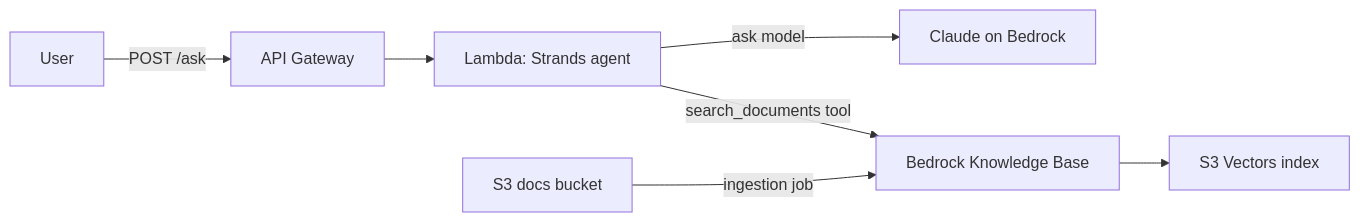
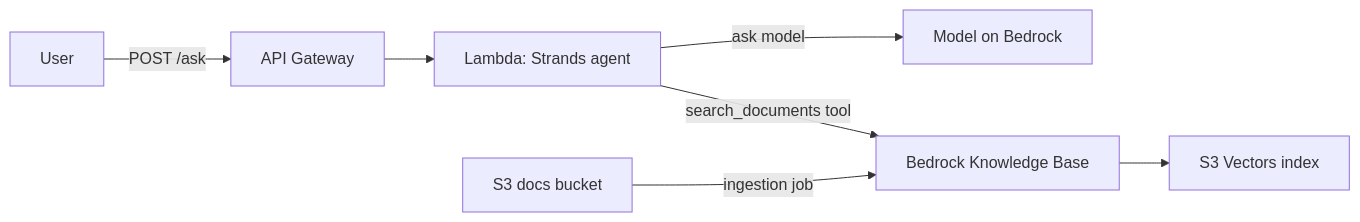
The diagram in README.md (merge4victor/aws-knowledge-base-agent), drawn with Mermaid before and after one commit. The commit also changed other lines of this file and 2 other files, not shown here.

Commit message:
Allow any Bedrock model and update CI action versions

````diff
--- a/README.md
+++ b/README.md
@@ -26,9 +26,9 @@
 ```mermaid
 flowchart LR
     User -->|POST /ask| Api[API Gateway]
     Api --> Fn[Lambda: Strands agent]
-    Fn -->|ask model| Model[Claude on Bedrock]
+    Fn -->|ask model| Model[Model on Bedrock]
     Fn -->|search_documents tool| Kb[Bedrock Knowledge Base]
     Kb --> Vectors[S3 Vectors index]
     Docs[S3 docs bucket] -->|ingestion job| Kb
 ```
````
